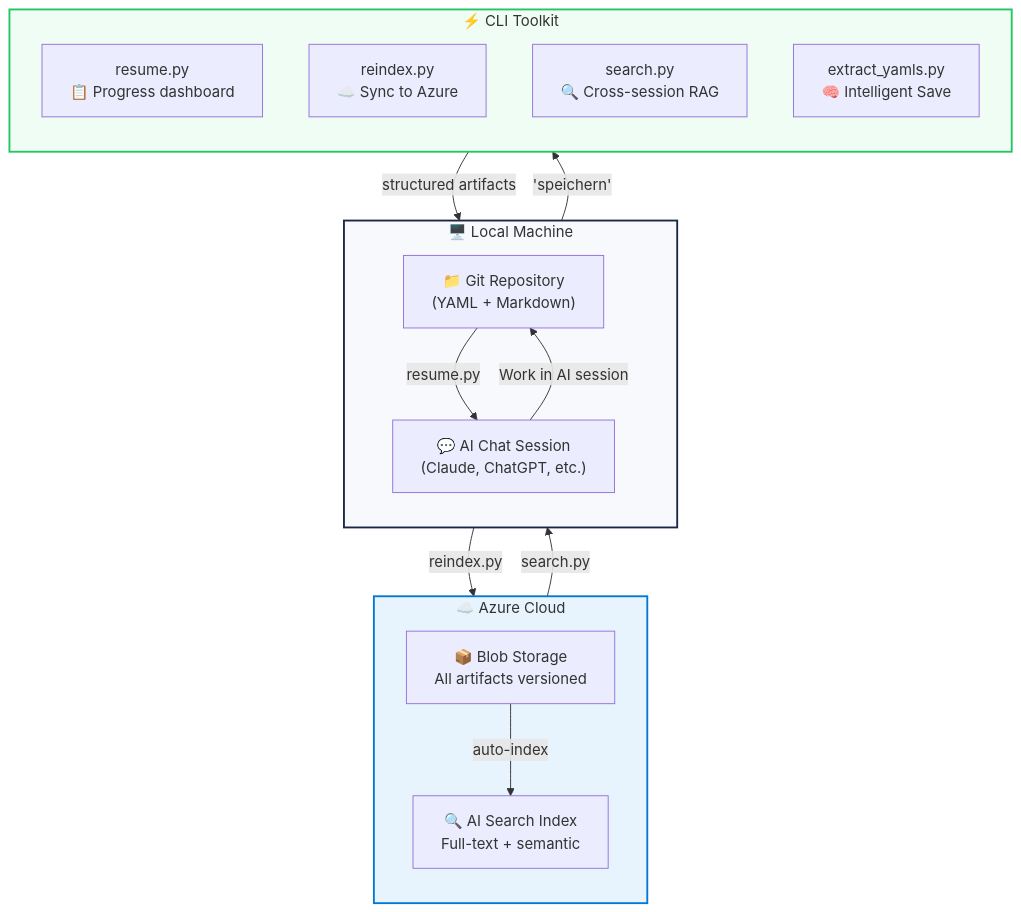
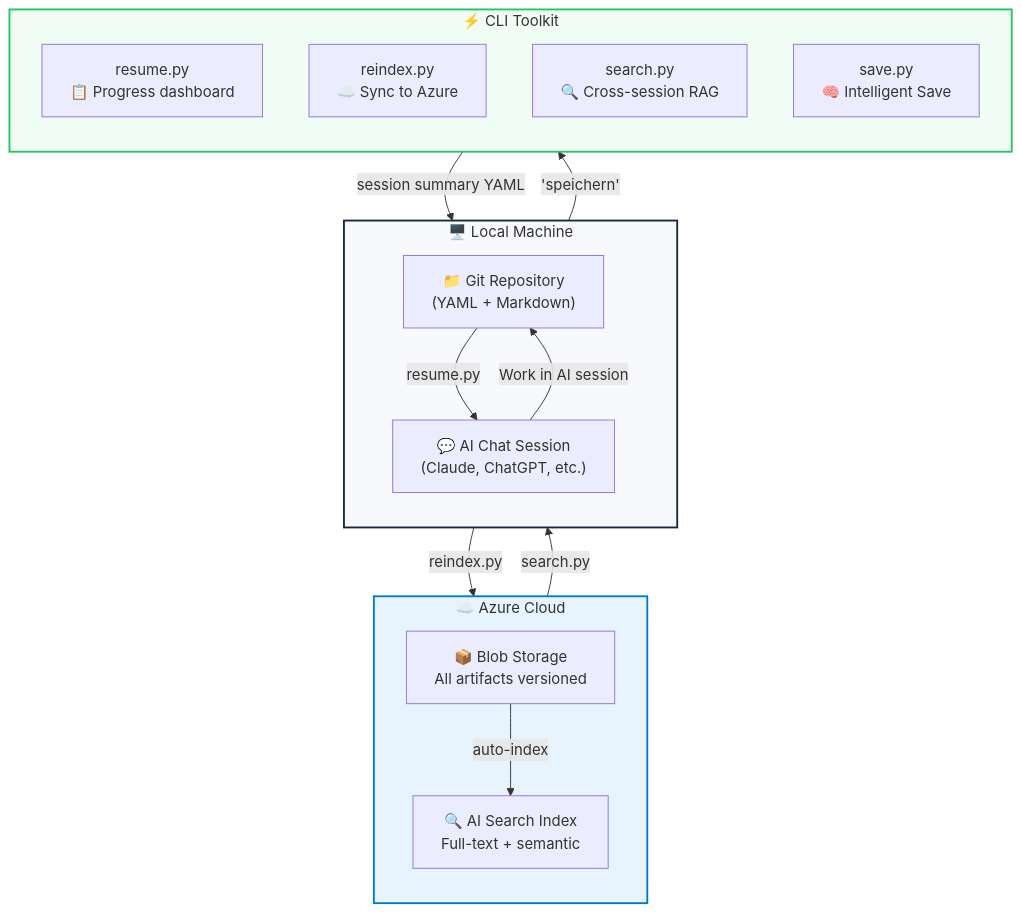
One commit to MustDemir/ai-context-vault changed the second of 3 diagrams in README.md. Above: the diagram before and after it, drawn with Mermaid. The commit also changed other lines of this file and 6 other files, not shown here.

````diff
--- a/README.md
+++ b/README.md
@@ -95,34 +95,34 @@
 ```mermaid
 flowchart TB
     subgraph LOCAL["🖥️ Local Machine"]
         direction TB
         GIT["📁 Git Repository\n(YAML + Markdown)"]
         CHAT["💬 AI Chat Session\n(Claude, ChatGPT, etc.)"]
     end
 
     subgraph AZURE["☁️ Azure Cloud"]
         direction TB
         BLOB["📦 Blob Storage\nAll artifacts versioned"]
         SEARCH["🔍 AI Search Index\nFull-text + semantic"]
     end
 
     subgraph SCRIPTS["⚡ CLI Toolkit"]
         direction TB
         S1["resume.py\n📋 Progress dashboard"]
         S2["reindex.py\n☁️ Sync to Azure"]
         S3["search.py\n🔍 Cross-session RAG"]
-        S4["extract_yamls.py\n🧠 Intelligent Save"]
+        S4["save.py\n🧠 Intelligent Save"]
     end
 
     CHAT -->|"Work in AI session"| GIT
     GIT -->|"reindex.py"| BLOB
     BLOB -->|"auto-index"| SEARCH
     SEARCH -->|"search.py"| CHAT
     GIT -->|"resume.py"| CHAT
     CHAT -->|"'speichern'"| S4
-    S4 -->|"structured artifacts"| GIT
+    S4 -->|"session summary YAML"| GIT
 
     style LOCAL fill:#f8f9fc,stroke:#1a2744,stroke-width:2px
     style AZURE fill:#e8f4fd,stroke:#0078D4,stroke-width:2px
     style SCRIPTS fill:#f0fdf4,stroke:#22c55e,stroke-width:2px
 ```
````
